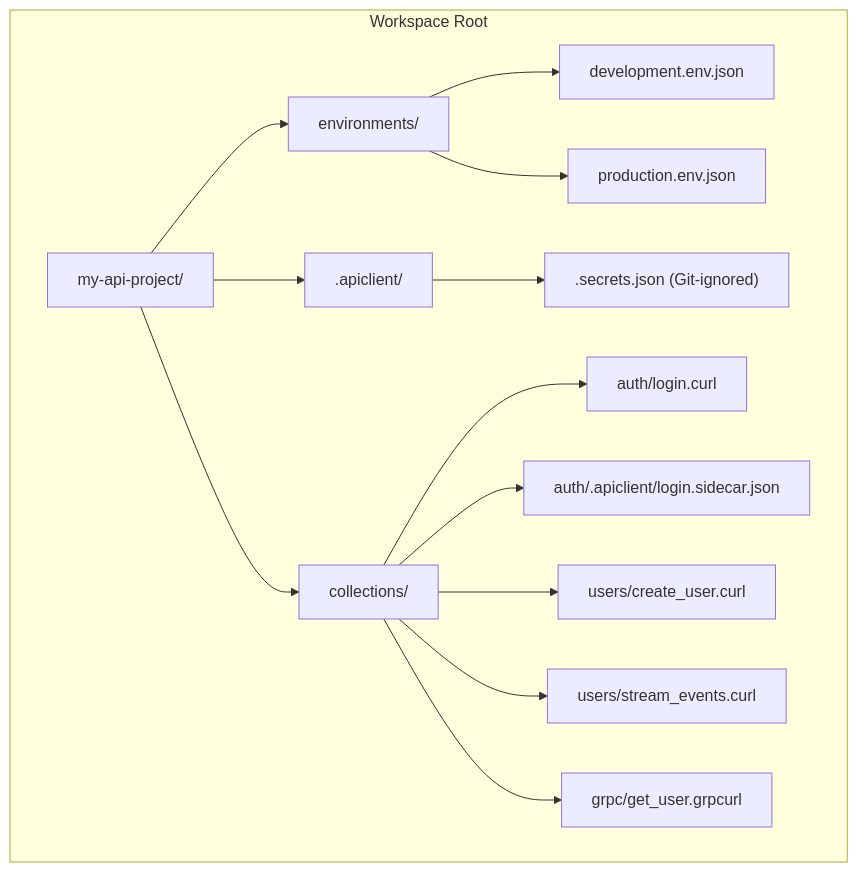
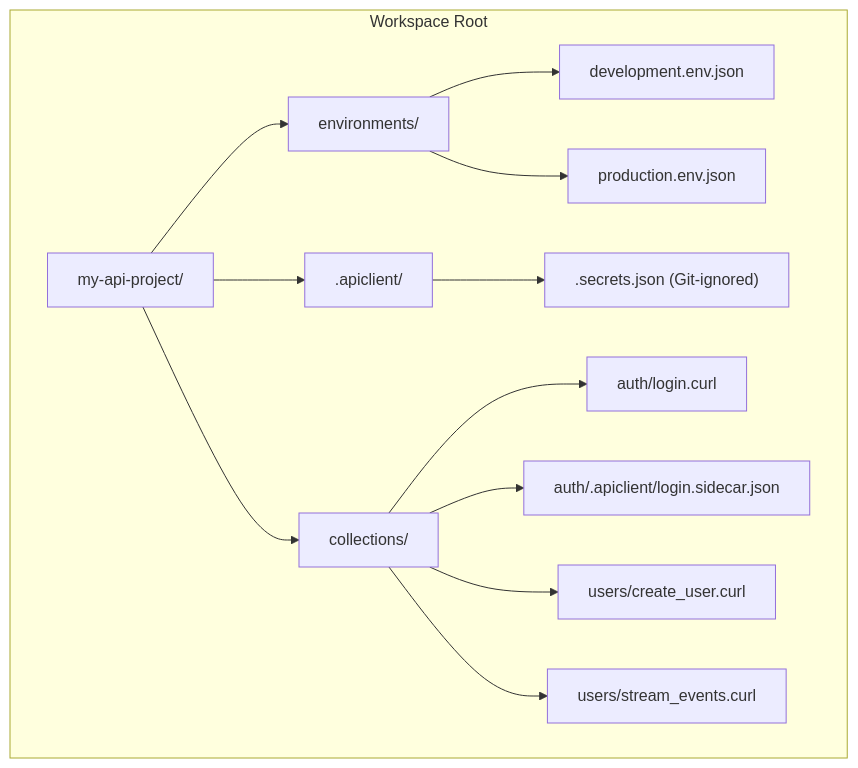
Before and after one commit to theankitgaurav/api-client-reborn: the diagram in README.md, drawn with Mermaid. The commit also changed other lines of this file and 35 other files, not shown here.

````diff
--- a/README.md
+++ b/README.md
@@ -113,16 +108,15 @@
 ```mermaid
 graph TD
   subgraph Workspace Root
     A["my-api-project/"] --> B["environments/"]
     B --> B1["development.env.json"]
     B --> B2["production.env.json"]
     A --> C[".apiclient/"]
     C --> C1[".secrets.json (Git-ignored)"]
     A --> D["collections/"]
     D --> D1["auth/login.curl"]
     D --> D2["auth/.apiclient/login.sidecar.json"]
     D --> D3["users/create_user.curl"]
     D --> D4["users/stream_events.curl"]
-    D --> D5["grpc/get_user.grpcurl"]
   end
 ```
````
